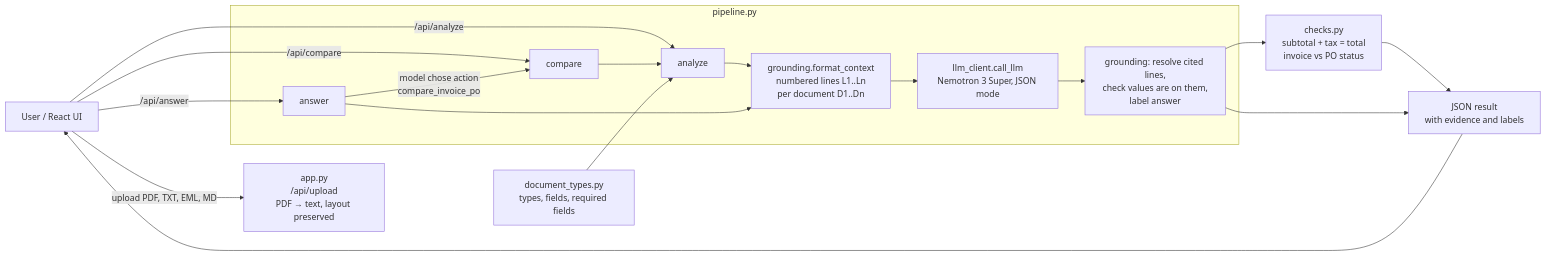
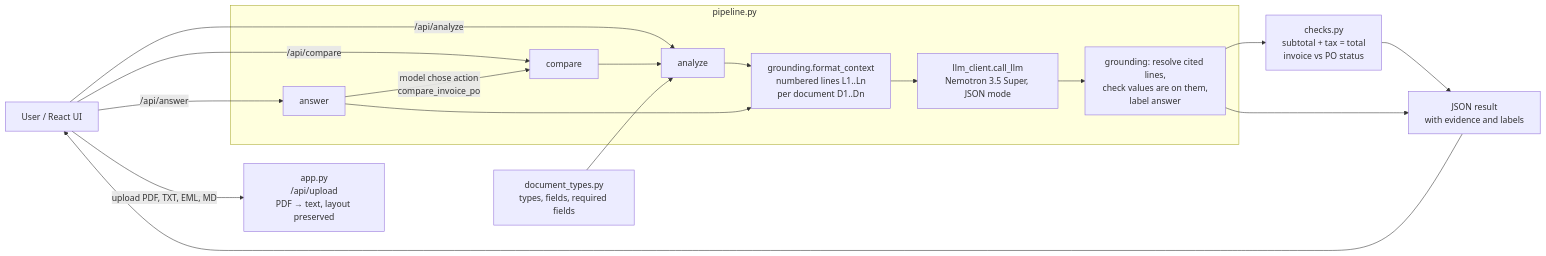
Before and after one commit to SulagnaGiri/AI-Document-Analyst: the diagram in docs/design.md, drawn with Mermaid. The commit also changed other lines of this file and 7 other files, not shown here.

Commit message:
Switch to Nemotron 3.5 Super; re-run evaluation

````diff
--- a/docs/design.md
+++ b/docs/design.md
@@ -20,23 +20,23 @@
 ```mermaid
 flowchart LR
     U[User / React UI] -->|upload PDF, TXT, EML, MD| UP[app.py<br/>/api/upload<br/>PDF → text, layout preserved]
     U -->|/api/analyze| AN
     U -->|/api/answer| QA
     U -->|/api/compare| CMP
 
     subgraph pipeline.py
       AN[analyze] --> CTX
       QA[answer] --> CTX
       CMP[compare] --> AN
       CTX[grounding.format_context<br/>numbered lines L1..Ln<br/>per document D1..Dn] --> LLM
-      LLM[llm_client.call_llm<br/>Nemotron 3 Super, JSON mode] --> VER
+      LLM[llm_client.call_llm<br/>Nemotron 3.5 Super, JSON mode] --> VER
       VER[grounding: resolve cited lines,<br/>check values are on them,<br/>label answer]
     end
 
     DT[document_types.py<br/>types, fields, required fields] --> AN
     VER --> CHK[checks.py<br/>subtotal + tax = total<br/>invoice vs PO status]
     QA -- model chose action<br/>compare_invoice_po --> CMP
     CHK --> R[JSON result<br/>with evidence and labels]
     VER --> R
     R --> U
 ```
````
